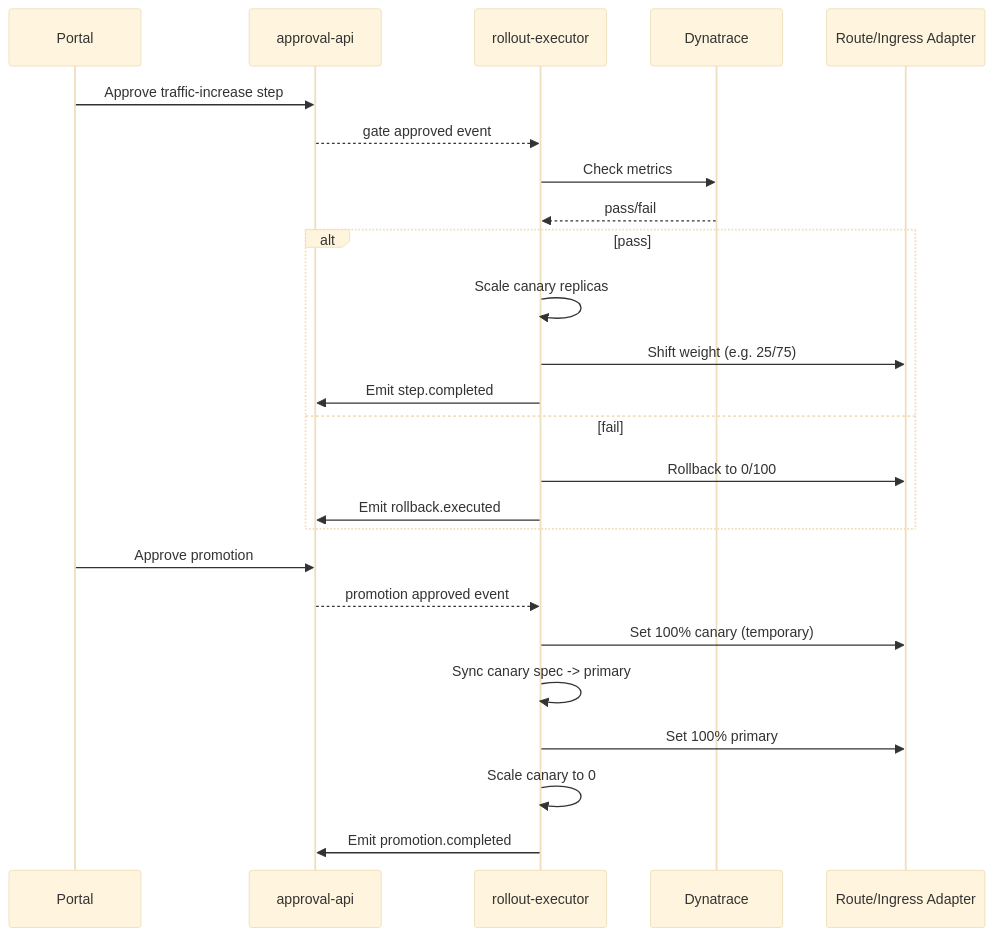
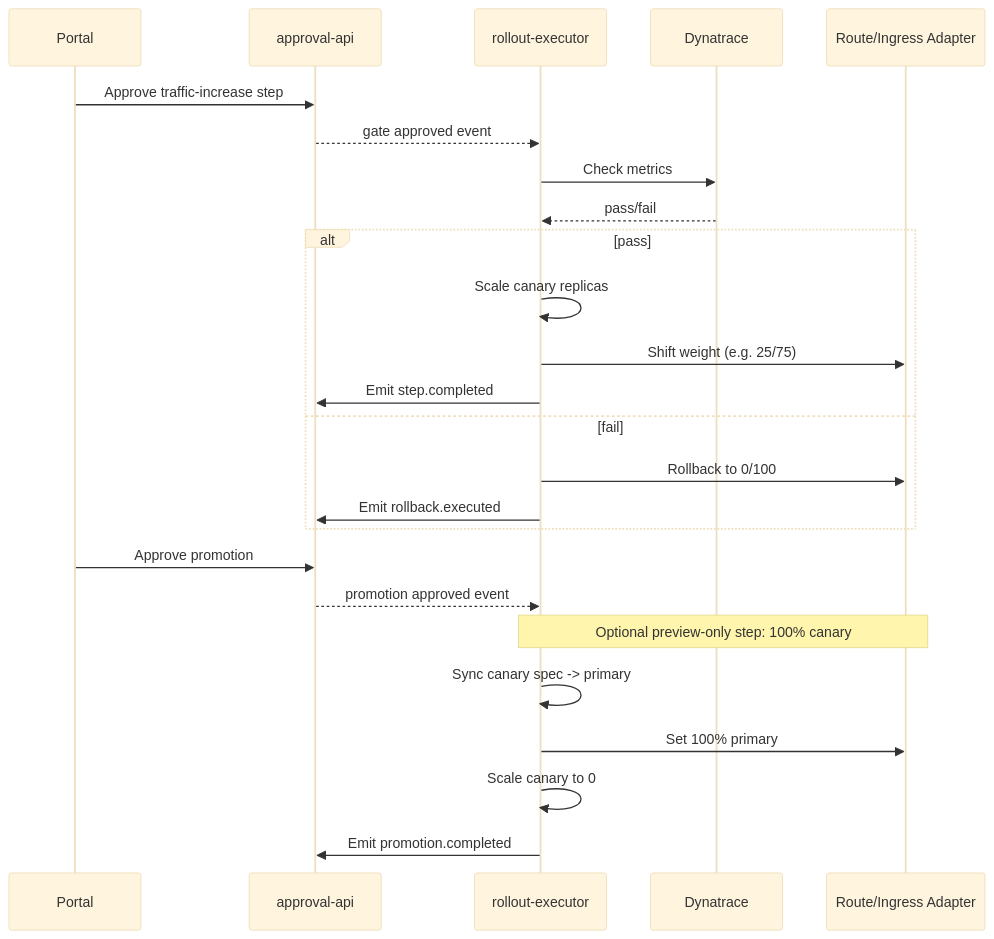
Before and after one commit to adrianbp/canary-journey-openshift: the third of 3 diagrams in docs/canary-unified-architecture-openshift-k8s.md, drawn with Mermaid (base theme). The commit also changed other lines of this file and 3 other files, not shown here.

Commit message:
docs: align promotion flow to optional 100 canary preview

````diff
--- a/docs/canary-unified-architecture-openshift-k8s.md
+++ b/docs/canary-unified-architecture-openshift-k8s.md
@@ -94,30 +94,30 @@
 ```mermaid
 sequenceDiagram
   participant Portal
   participant API as approval-api
   participant Exec as rollout-executor
   participant Gate as Dynatrace
   participant Adapter as Route/Ingress Adapter
 
   Portal->>API: Approve traffic-increase step
   API-->>Exec: gate approved event
   Exec->>Gate: Check metrics
   Gate-->>Exec: pass/fail
 
   alt pass
     Exec->>Exec: Scale canary replicas
     Exec->>Adapter: Shift weight (e.g. 25/75)
     Exec->>API: Emit step.completed
   else fail
     Exec->>Adapter: Rollback to 0/100
     Exec->>API: Emit rollback.executed
   end
 
   Portal->>API: Approve promotion
   API-->>Exec: promotion approved event
-  Exec->>Adapter: Set 100% canary (temporary)
+  Note over Exec,Adapter: Optional preview-only step: 100% canary
   Exec->>Exec: Sync canary spec -> primary
   Exec->>Adapter: Set 100% primary
   Exec->>Exec: Scale canary to 0
   Exec->>API: Emit promotion.completed
 ```
````
